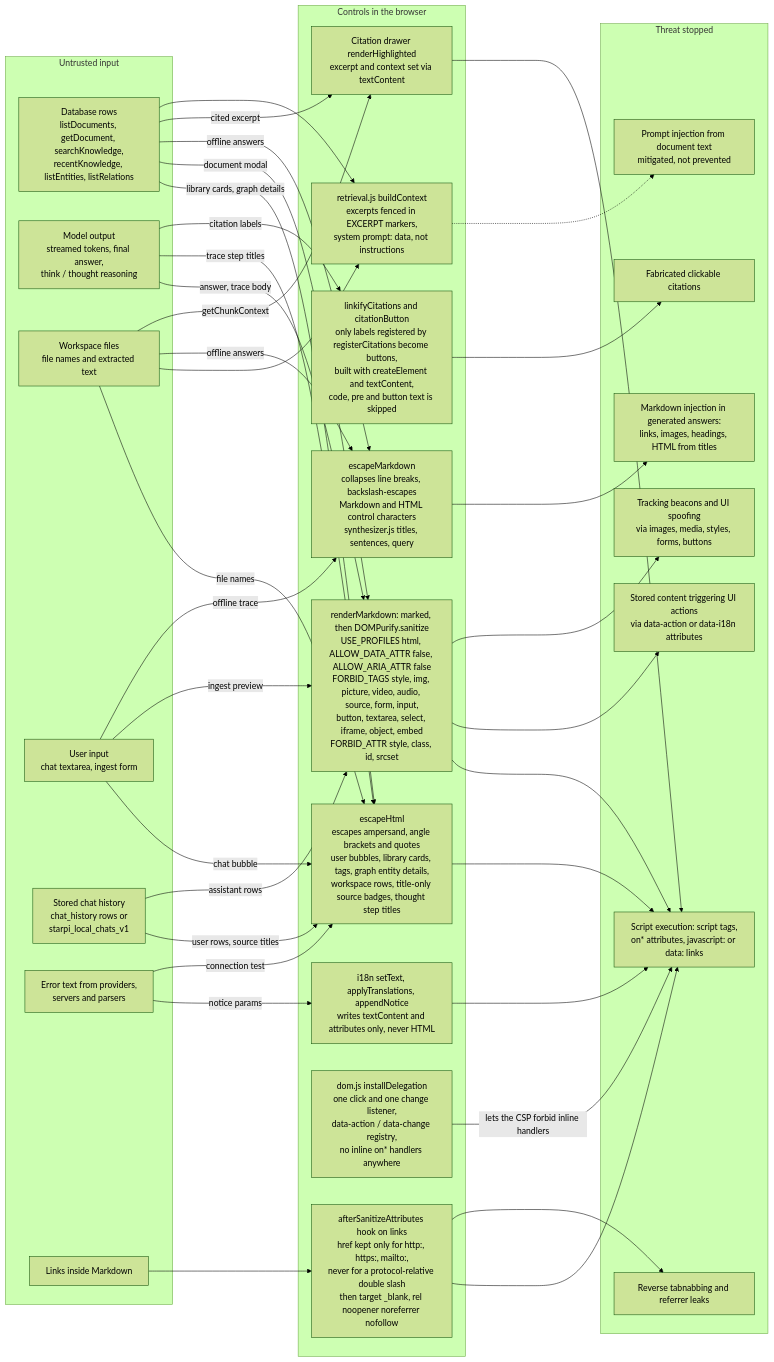
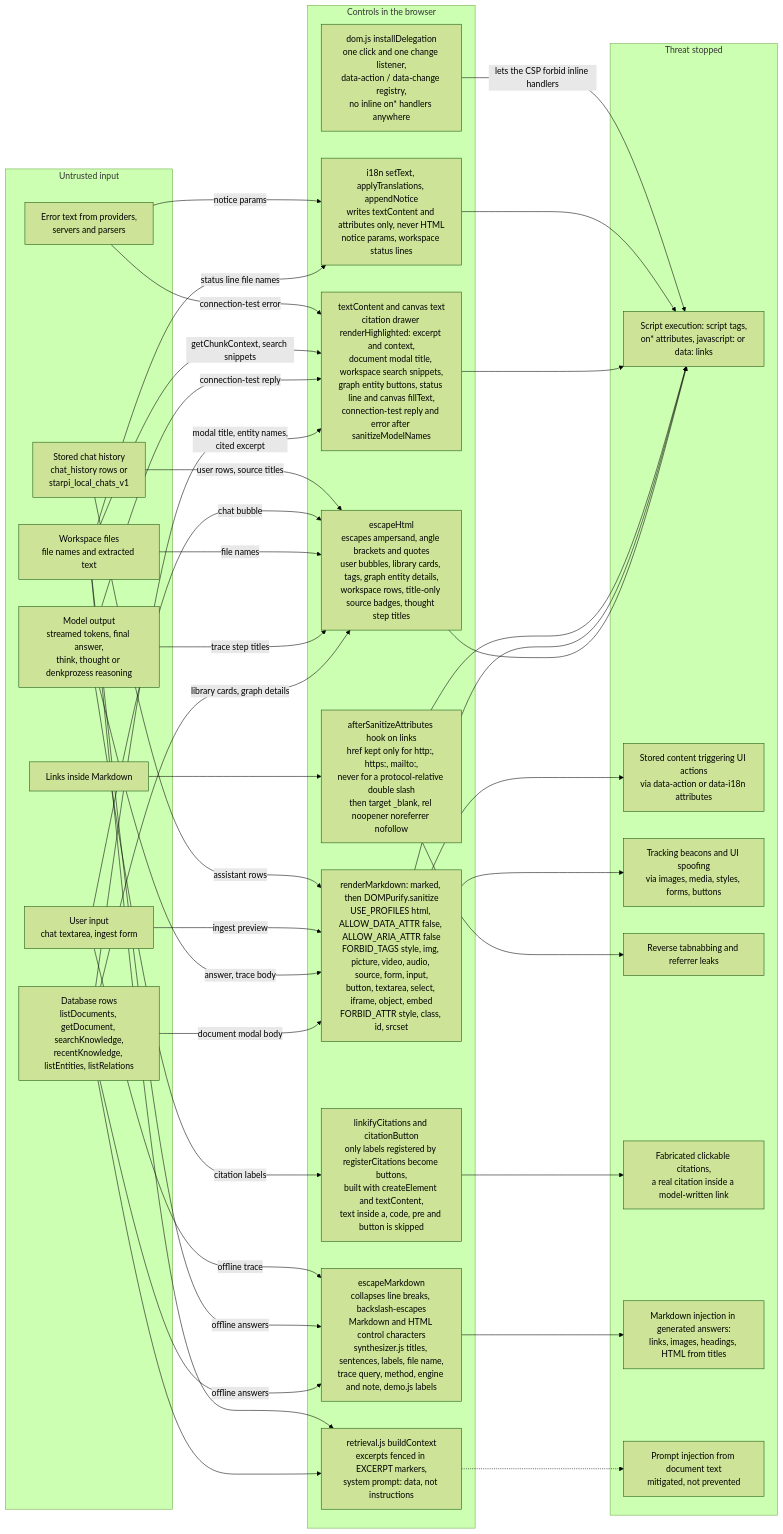
The first of 3 diagrams in SECURITY.md (umutcantezgel-cpu/Starpi), drawn with Mermaid (forest theme) before and after one commit. The commit also changed other lines of this file and 15 other files, not shown here.

````diff
--- a/SECURITY.md
+++ b/SECURITY.md
@@ -54,68 +95,70 @@
 ```mermaid
 flowchart LR
     subgraph sg_in["Untrusted input"]
         inDb["Database rows<br/>listDocuments, getDocument, searchKnowledge,<br/>recentKnowledge, listEntities, listRelations"]
-        inModel["Model output<br/>streamed tokens, final answer,<br/>think / thought reasoning"]
+        inModel["Model output<br/>streamed tokens, final answer,<br/>think, thought or denkprozess reasoning"]
         inWs["Workspace files<br/>file names and extracted text"]
         inUser["User input<br/>chat textarea, ingest form"]
         inHist["Stored chat history<br/>chat_history rows or<br/>starpi_local_chats_v1"]
         inErr["Error text from providers,<br/>servers and parsers"]
         inUrl["Links inside Markdown"]
     end
 
     subgraph sg_ctl["Controls in the browser"]
         cEsc["escapeHtml<br/>escapes ampersand, angle brackets and quotes<br/>user bubbles, library cards, tags, graph entity details,<br/>workspace rows, title-only source badges, thought step titles"]
-        cEscMd["escapeMarkdown<br/>collapses line breaks, backslash-escapes<br/>Markdown and HTML control characters<br/>synthesizer.js titles, sentences, query"]
+        cEscMd["escapeMarkdown<br/>collapses line breaks, backslash-escapes<br/>Markdown and HTML control characters<br/>synthesizer.js titles, sentences, labels, file name,<br/>trace query, method, engine and note, demo.js labels"]
         cRender["renderMarkdown: marked, then DOMPurify.sanitize<br/>USE_PROFILES html, ALLOW_DATA_ATTR false, ALLOW_ARIA_ATTR false<br/>FORBID_TAGS style, img, picture, video, audio, source, form, input,<br/>button, textarea, select, iframe, object, embed<br/>FORBID_ATTR style, class, id, srcset"]
         cLink["afterSanitizeAttributes hook on links<br/>href kept only for http:, https:, mailto:,<br/>never for a protocol-relative double slash<br/>then target _blank, rel noopener noreferrer nofollow"]
-        cCite["linkifyCitations and citationButton<br/>only labels registered by registerCitations become buttons,<br/>built with createElement and textContent,<br/>code, pre and button text is skipped"]
-        cDrawer["Citation drawer renderHighlighted<br/>excerpt and context set via textContent"]
-        cI18n["i18n setText, applyTranslations, appendNotice<br/>writes textContent and attributes only, never HTML"]
+        cCite["linkifyCitations and citationButton<br/>only labels registered by registerCitations become buttons,<br/>built with createElement and textContent,<br/>text inside a, code, pre and button is skipped"]
+        cText["textContent and canvas text<br/>citation drawer renderHighlighted: excerpt and context,<br/>document modal title, workspace search snippets,<br/>graph entity buttons, status line and canvas fillText,<br/>connection-test reply and error after sanitizeModelNames"]
+        cI18n["i18n setText, applyTranslations, appendNotice<br/>writes textContent and attributes only, never HTML<br/>notice params, workspace status lines"]
         cDeleg["dom.js installDelegation<br/>one click and one change listener,<br/>data-action / data-change registry,<br/>no inline on* handlers anywhere"]
         cFence["retrieval.js buildContext<br/>excerpts fenced in EXCERPT markers,<br/>system prompt: data, not instructions"]
     end
 
     subgraph sg_thr["Threat stopped"]
         tXss["Script execution: script tags,<br/>on* attributes, javascript: or data: links"]
         tAction["Stored content triggering UI actions<br/>via data-action or data-i18n attributes"]
         tTrack["Tracking beacons and UI spoofing<br/>via images, media, styles, forms, buttons"]
         tTab["Reverse tabnabbing and referrer leaks"]
-        tFake["Fabricated clickable citations"]
+        tFake["Fabricated clickable citations,<br/>a real citation inside a model-written link"]
         tMdInj["Markdown injection in generated answers:<br/>links, images, headings, HTML from titles"]
         tPrompt["Prompt injection from document text<br/>mitigated, not prevented"]
     end
 
     inDb -->|"library cards, graph details"| cEsc
-    inDb -->|"document modal"| cRender
+    inDb -->|"document modal body"| cRender
+    inDb -->|"modal title, entity names,<br/>cited excerpt"| cText
     inDb -->|"offline answers"| cEscMd
-    inDb -->|"cited excerpt"| cDrawer
     inDb --> cFence
     inModel -->|"answer, trace body"| cRender
     inModel -->|"trace step titles"| cEsc
     inModel -->|"citation labels"| cCite
+    inModel -->|"connection-test reply"| cText
     inWs -->|"file names"| cEsc
     inWs --> cFence
     inWs -->|"offline answers"| cEscMd
-    inWs -->|"getChunkContext"| cDrawer
+    inWs -->|"getChunkContext, search snippets"| cText
+    inWs -->|"status line file names"| cI18n
     inUser -->|"chat bubble"| cEsc
     inUser -->|"ingest preview"| cRender
     inUser -->|"offline trace"| cEscMd
     inHist -->|"user rows, source titles"| cEsc
     inHist -->|"assistant rows"| cRender
     inErr -->|"notice params"| cI18n
-    inErr -->|"connection test"| cEsc
+    inErr -->|"connection-test error"| cText
     inUrl --> cLink
 
     cEsc --> tXss
     cRender --> tXss
     cRender --> tAction
     cRender --> tTrack
     cLink --> tXss
     cLink --> tTab
     cCite --> tFake
-    cDrawer --> tXss
+    cText --> tXss
     cI18n --> tXss
     cDeleg -->|"lets the CSP forbid inline handlers"| tXss
     cEscMd --> tMdInj
     cFence -.-> tPrompt
 ```
````
